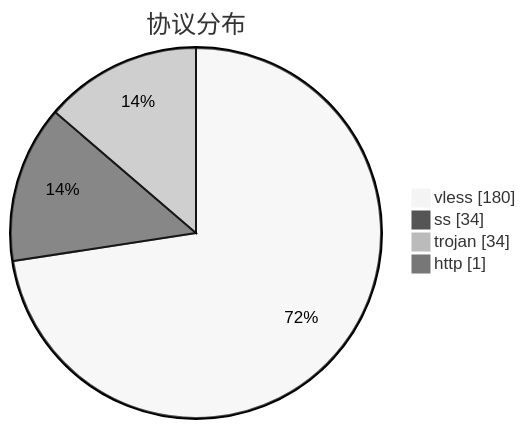
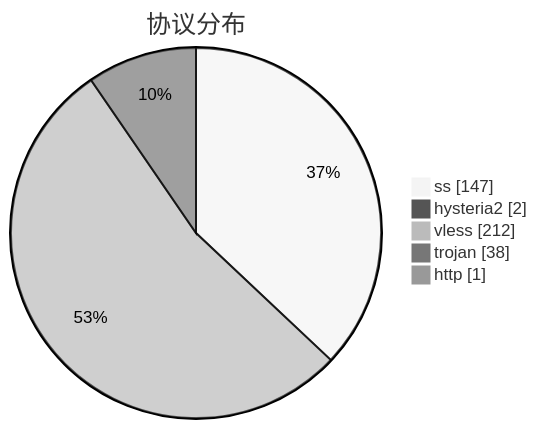
One commit to qjlxg/airport changed the third of 3 diagrams in subs/statistics/tested_within.md. Above: the diagram before and after it, drawn with Mermaid (neutral theme). The commit also changed other lines of this file and 2 other files, not shown here.

````diff
--- a/subs/statistics/tested_within.md
+++ b/subs/statistics/tested_within.md
@@ -18,8 +18,9 @@
 ```mermaid
 pie showData
 title 协议分布
-"vless" : 180
-"ss" : 34
-"trojan" : 34
+"ss" : 147
+"hysteria2" : 2
+"vless" : 212
+"trojan" : 38
 "http" : 1
 ```
````
